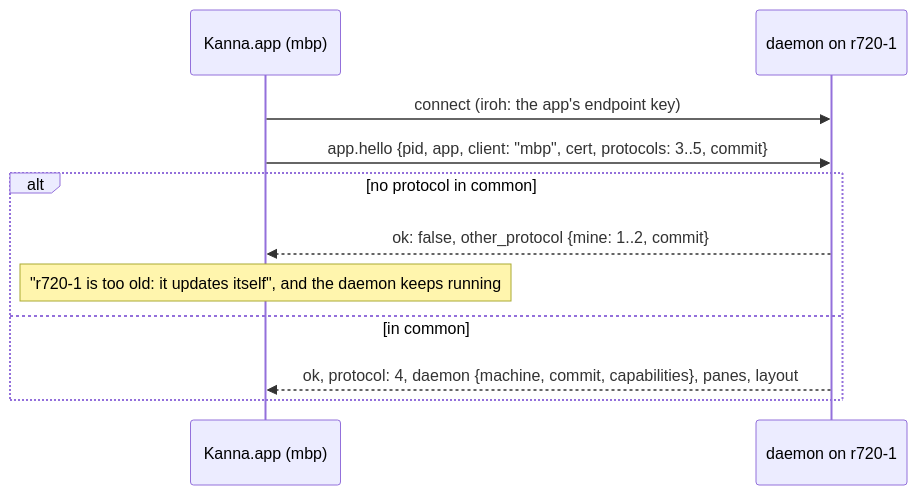
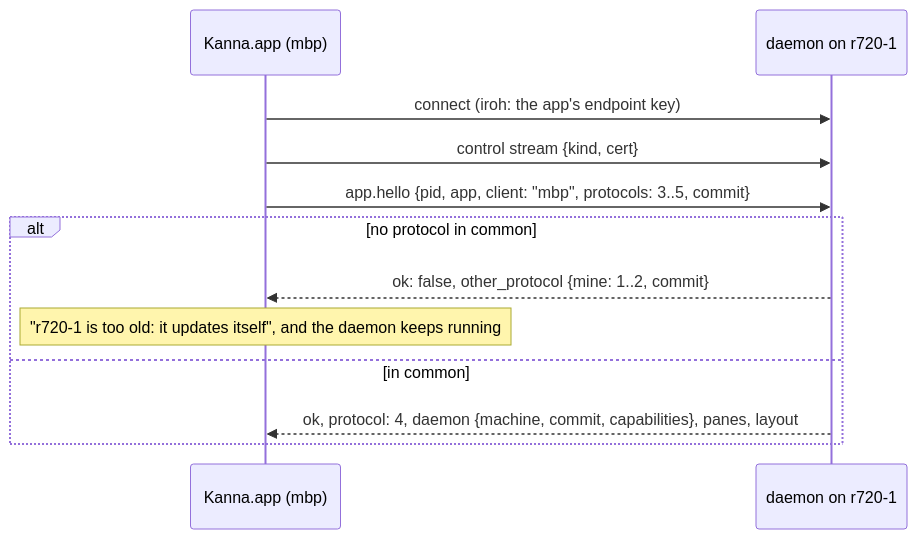
Before and after one commit to tampopogk/kanna: the second of 2 diagrams in docs/specs/fleet.md, drawn with Mermaid. The commit also changed other lines of this file and 5 other files, not shown here.

````diff
--- a/docs/specs/fleet.md
+++ b/docs/specs/fleet.md
@@ -108,13 +108,14 @@
 ```mermaid
 sequenceDiagram
     participant A as Kanna.app (mbp)
     participant D as daemon on r720-1
     A->>D: connect (iroh: the app's endpoint key)
-    A->>D: app.hello {pid, app, client: "mbp", cert, protocols: 3..5, commit}
+    A->>D: control stream {kind, cert}
+    A->>D: app.hello {pid, app, client: "mbp", protocols: 3..5, commit}
     alt no protocol in common
         D-->>A: ok: false, other_protocol {mine: 1..2, commit}
         Note over A: "r720-1 is too old: it updates itself", and the daemon keeps running
     else in common
         D-->>A: ok, protocol: 4, daemon {machine, commit, capabilities}, panes, layout
     end
 ```
````
